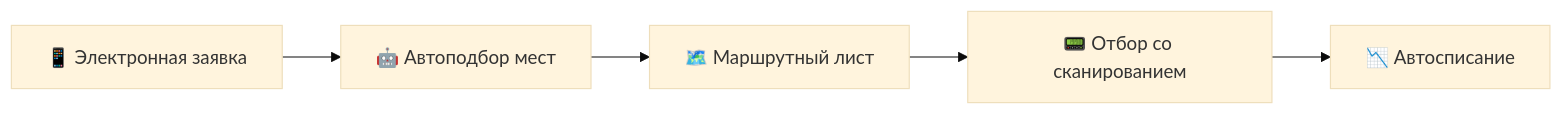
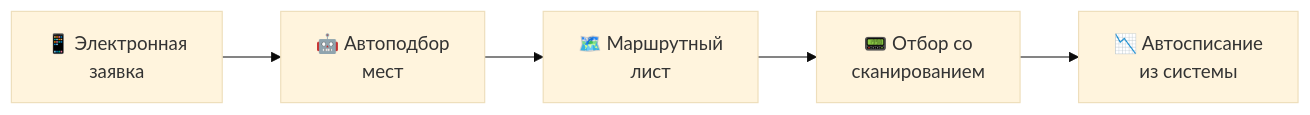
One commit to Hugoloud-bq/warehouse-management-system changed the third of 4 diagrams in docs/Анализ бизнес процессов.md. Above: the diagram before and after it, drawn with Mermaid (base theme). The commit also changed other lines of this file, not shown here.

````diff
--- a/docs/Анализ бизнес процессов.md
+++ b/docs/Анализ бизнес процессов.md
@@ -57,7 +64,7 @@
 ```mermaid
 flowchart LR
-A[📱 Электронная заявка] --> B[🤖 Автоподбор мест]
-B --> C[🗺️ Маршрутный лист]
-C --> D[📟 Отбор со сканированием]
-D --> E[📉 Автосписание]
+    A[📱 Электронная<br>заявка] --> B[🤖 Автоподбор<br>мест]
+    B --> C[🗺️ Маршрутный<br>лист]
+    C --> D[📟 Отбор со<br>сканированием]
+    D --> E[📉 Автосписание<br>из системы]
 ```
````
